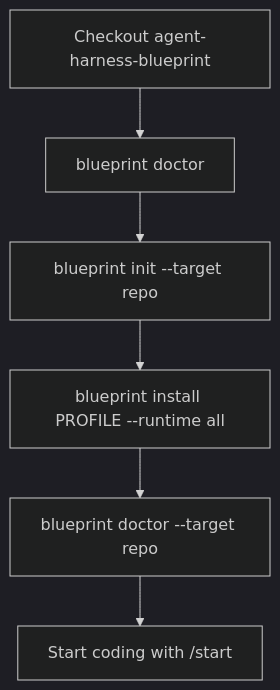
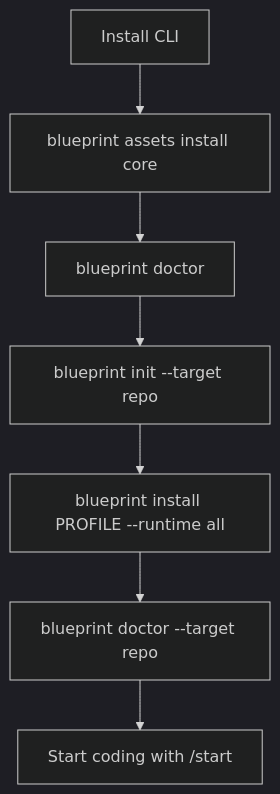
One commit to krerapus/agent-harness-blueprint changed the first of 2 diagrams in docs/setup.md. Above: the diagram before and after it, drawn with Mermaid (dark theme). The commit also changed other lines of this file and 21 other files, not shown here.

````diff
--- a/docs/setup.md
+++ b/docs/setup.md
@@ -17,8 +27,9 @@
 ```mermaid
 flowchart TD
-  A[Checkout agent-harness-blueprint] --> B["blueprint doctor"]
-  B --> C["blueprint init --target repo"]
-  C --> D["blueprint install PROFILE --runtime all"]
-  D --> E["blueprint doctor --target repo"]
-  E --> F[Start coding with /start]
+  A[Install CLI] --> B["blueprint assets install core"]
+  B --> C["blueprint doctor"]
+  C --> D["blueprint init --target repo"]
+  D --> E["blueprint install PROFILE --runtime all"]
+  E --> F["blueprint doctor --target repo"]
+  F --> G[Start coding with /start]
 ```
````
